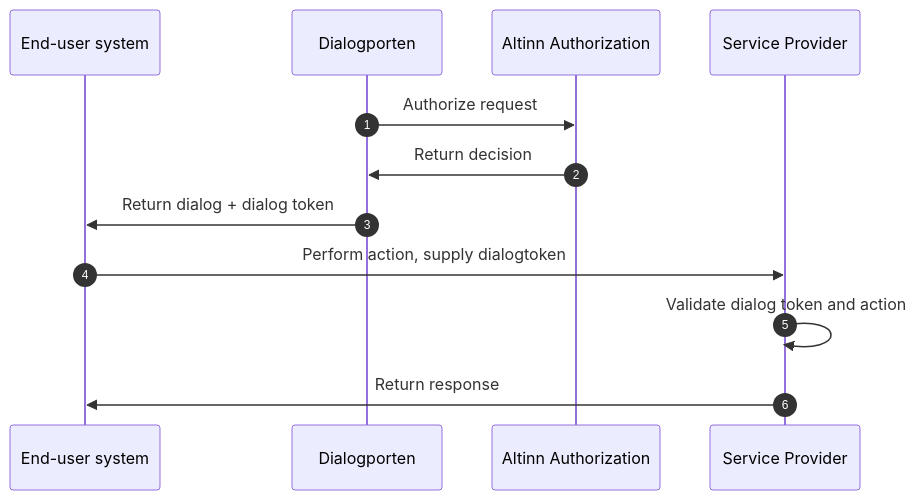
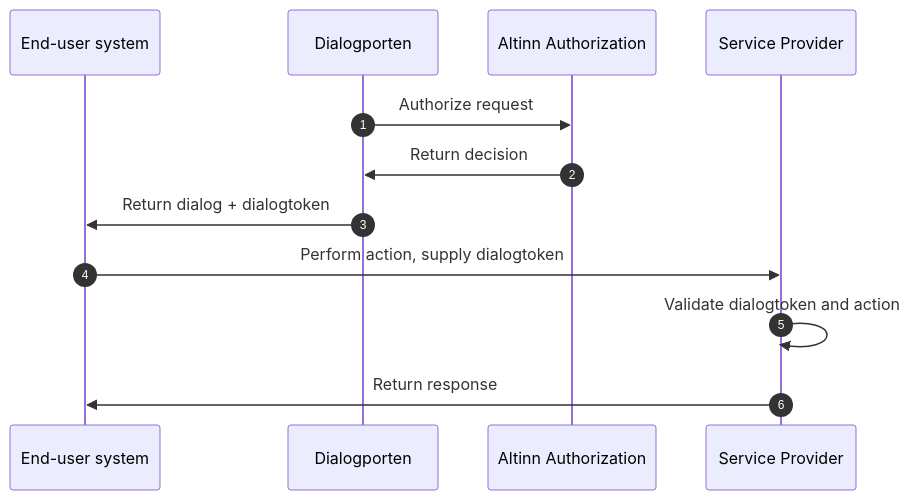
One commit to Altinn/altinn-studio-docs changed the diagram in content/dialogporten/getting-started/authorization/dialog-tokens/_index.nb.md. Above: the diagram before and after it, drawn with Mermaid. The commit also changed other lines of this file and 57 other files, not shown here.

```diff
--- a/content/dialogporten/getting-started/authorization/dialog-tokens/_index.nb.md
+++ b/content/dialogporten/getting-started/authorization/dialog-tokens/_index.nb.md
@@ -12,14 +15,14 @@
 {{<mermaid>}}
 sequenceDiagram
 autonumber
 participant SBS as End-user system
 participant DP as Dialogporten
 participant AA as Altinn Authorization
 participant TT as Service Provider
 DP->>AA: Authorize request
 AA->>DP: Return decision
-DP->>SBS: Return dialog + dialog token
+DP->>SBS: Return dialog + dialogtoken
 SBS->>TT: Perform action, supply dialogtoken
-TT->>TT: Validate dialog token and action
+TT->>TT: Validate dialogtoken and action
 TT->>SBS: Return response
 {{</mermaid>}}
```
